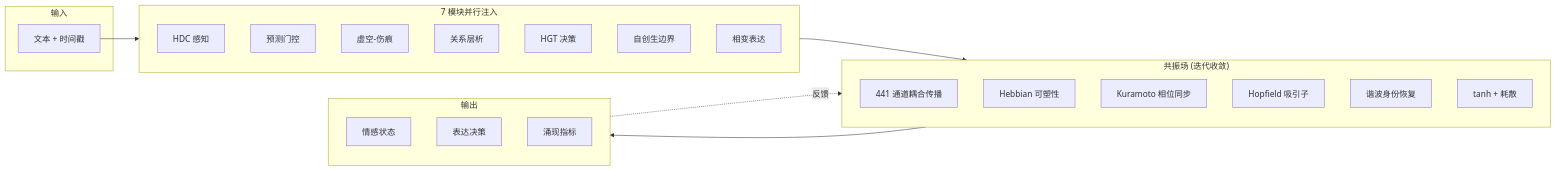
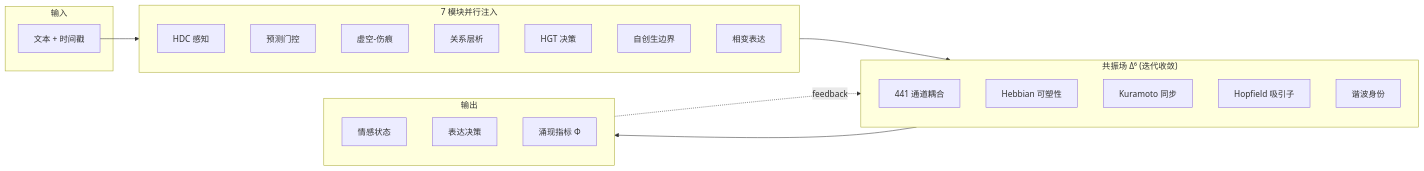
One commit to Ayleovelle/SylannEngine changed the diagram in README.md. Above: the diagram before and after it, drawn with Mermaid. The commit also changed other lines of this file and 7 other files, not shown here.

````diff
--- a/README.md
+++ b/README.md
@@ -91,37 +68,34 @@
 ```mermaid
 flowchart LR
     subgraph INPUT["输入"]
         T["文本 + 时间戳"]
     end
 
     subgraph MODULES["7 模块并行注入"]
         M0["HDC 感知"]
         M1["预测门控"]
         M2["虚空-伤痕"]
         M3["关系层析"]
         M4["HGT 决策"]
         M5["自创生边界"]
         M6["相变表达"]
     end
 
-    subgraph FIELD["共振场 (迭代收敛)"]
+    subgraph FIELD["共振场 Δ⁶ (迭代收敛)"]
         direction TB
-        F1["441 通道耦合传播"]
+        F1["441 通道耦合"]
         F2["Hebbian 可塑性"]
-        F3["Kuramoto 相位同步"]
+        F3["Kuramoto 同步"]
         F4["Hopfield 吸引子"]
-        F5["谐波身份恢复"]
-        F6["tanh + 耗散"]
+        F5["谐波身份"]
     end
 
     subgraph OUTPUT["输出"]
         O1["情感状态"]
         O2["表达决策"]
-        O3["涌现指标"]
+        O3["涌现指标 Φ"]
     end
 
-    T --> MODULES
-    MODULES --> FIELD
-    FIELD --> OUTPUT
-    OUTPUT -.->|"反馈"| F2
+    T --> MODULES --> FIELD --> OUTPUT
+    OUTPUT -.->|"feedback"| F2
 ```
````
